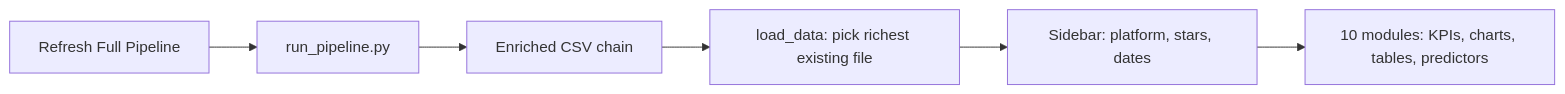
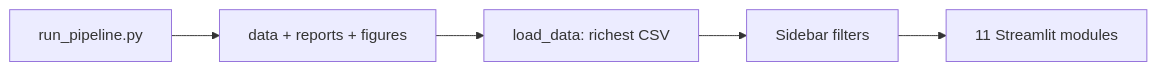
One commit to devikajonjale/Complaint-Intelligence-Engine-for-Indian-E-Commerce changed the third of 3 diagrams in PROJECT_SUMMARY.md. Above: the diagram before and after it, drawn with Mermaid. The commit also changed other lines of this file and 76 other files, not shown here.

````diff
--- a/PROJECT_SUMMARY.md
+++ b/PROJECT_SUMMARY.md
@@ -127,9 +144,7 @@
 ```mermaid
 flowchart LR
-  CSV["Enriched CSV chain"]
-  CSV --> LOAD[load_data: pick richest existing file]
-  LOAD --> FILT[Sidebar: platform, stars, dates]
-  FILT --> PAGES[10 modules: KPIs, charts, tables, predictors]
-  REFRESH[Refresh Full Pipeline] --> RUN[run_pipeline.py]
-  RUN --> CSV
+  R[run_pipeline.py] --> D[data + reports + figures]
+  D --> L[load_data: richest CSV]
+  L --> F[Sidebar filters]
+  F --> P[11 Streamlit modules]
 ```
````
